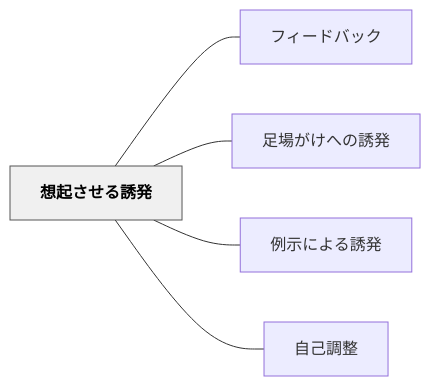
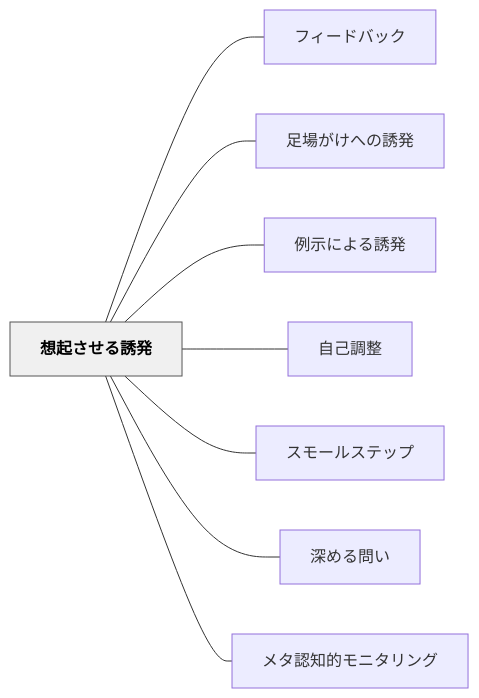
One commit to unknownthings-ed-patterns/unknownthings-ed-patterns changed the diagram in content/パタン/想起させる誘発.md. Above: the diagram before and after it, drawn with Mermaid. The commit also changed other lines of this file and 71 other files, not shown here.

````diff
--- a/content/パタン/想起させる誘発.md
+++ b/content/パタン/想起させる誘発.md
@@ -52,16 +55,22 @@
 ```mermaid
 flowchart LR
     ne683b3e8b5b7e38195e3819be3828be8aa98e799ba["想起させる誘発"]
     ne38395e382a3e383bce38389e38390e38383e382af["フィードバック"]
     ne8b6b3e5a0b4e3818ce38191e381b8e381aee8aa98e799ba["足場がけへの誘発"]
     ne4be8be7a4bae381abe38288e3828be8aa98e799ba["例示による誘発"]
     ne887aae5b7b1e8aabfe695b4["自己調整"]
+    ne382b9e383a2e383bce383abe382b9e38386e38383e38397["スモールステップ"]
+    ne6b7b1e38281e3828be5958fe38184["深める問い"]
+    ne383a1e382bfe8aa8de79fa5e79a84e383a2e3838be382bfe383aae383b3e382b0["メタ認知的モニタリング"]
 
     ne683b3e8b5b7e38195e3819be3828be8aa98e799ba --- ne38395e382a3e383bce38389e38390e38383e382af
     ne683b3e8b5b7e38195e3819be3828be8aa98e799ba --- ne8b6b3e5a0b4e3818ce38191e381b8e381aee8aa98e799ba
     ne683b3e8b5b7e38195e3819be3828be8aa98e799ba --- ne4be8be7a4bae381abe38288e3828be8aa98e799ba
     ne683b3e8b5b7e38195e3819be3828be8aa98e799ba --- ne887aae5b7b1e8aabfe695b4
+    ne683b3e8b5b7e38195e3819be3828be8aa98e799ba --- ne382b9e383a2e383bce383abe382b9e38386e38383e38397
+    ne683b3e8b5b7e38195e3819be3828be8aa98e799ba --- ne6b7b1e38281e3828be5958fe38184
+    ne683b3e8b5b7e38195e3819be3828be8aa98e799ba --- ne383a1e382bfe8aa8de79fa5e79a84e383a2e3838be382bfe383aae383b3e382b0
 
     classDef hub fill:#f0f0f0,stroke:#555,color:#000,font-weight:bold
     class ne683b3e8b5b7e38195e3819be3828be8aa98e799ba hub
 ```
````
